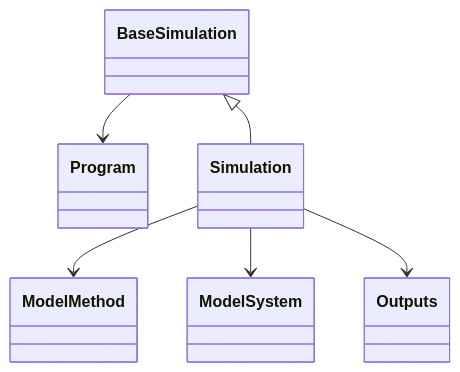
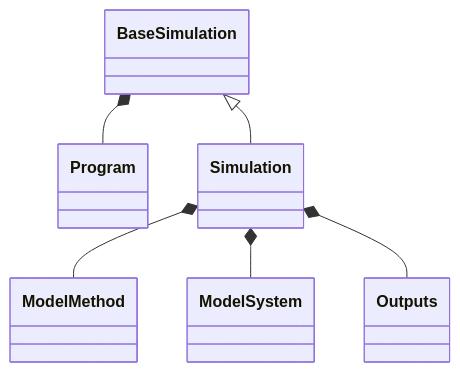
The diagram in docs/schema/simulation.diagram.md (FAIRmat-NFDI/nomad-simulations), drawn with Mermaid before and after one commit. The commit also changed other lines of this file and 34 other files, not shown here.

````diff
--- a/docs/schema/simulation.diagram.md
+++ b/docs/schema/simulation.diagram.md
@@ -14,20 +14,20 @@
 ```mermaid
 classDiagram
     class BaseSimulation {
     }
     class ModelMethod {
     }
     class ModelSystem {
     }
     class Outputs {
     }
     class Program {
     }
     class Simulation {
     }
     BaseSimulation <|-- Simulation
-    BaseSimulation --> Program
-    Simulation --> ModelMethod
-    Simulation --> ModelSystem
-    Simulation --> Outputs
+    BaseSimulation *-- Program
+    Simulation *-- ModelMethod
+    Simulation *-- ModelSystem
+    Simulation *-- Outputs
 ```
````
